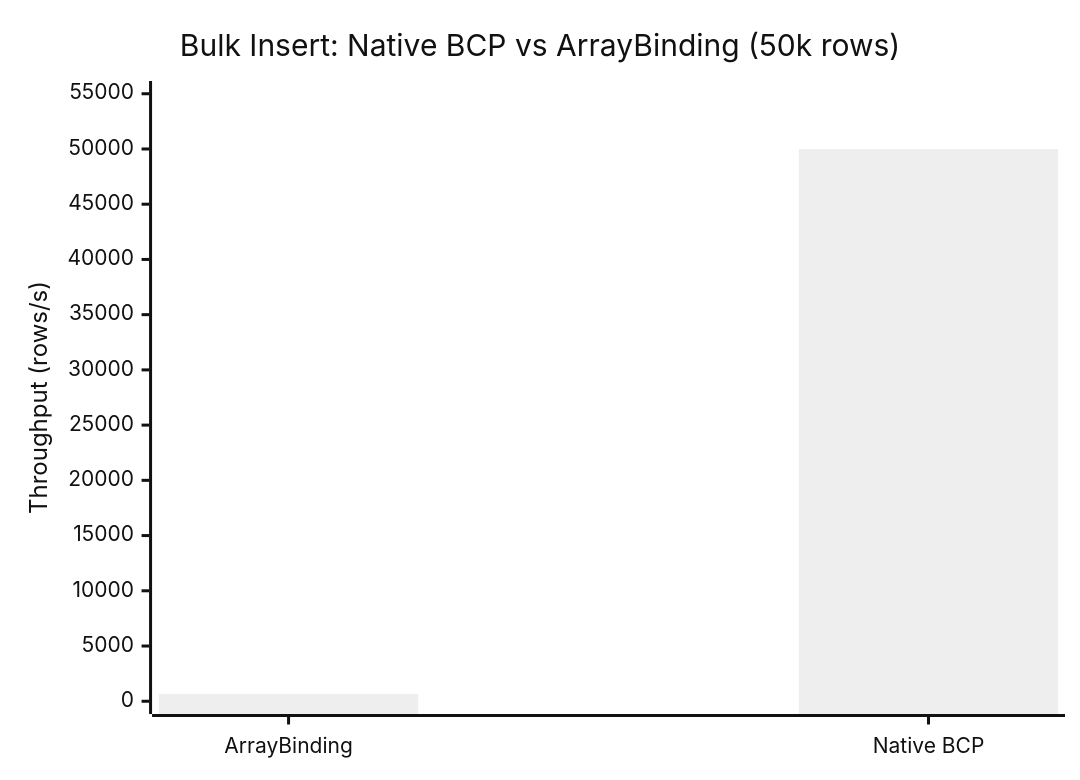
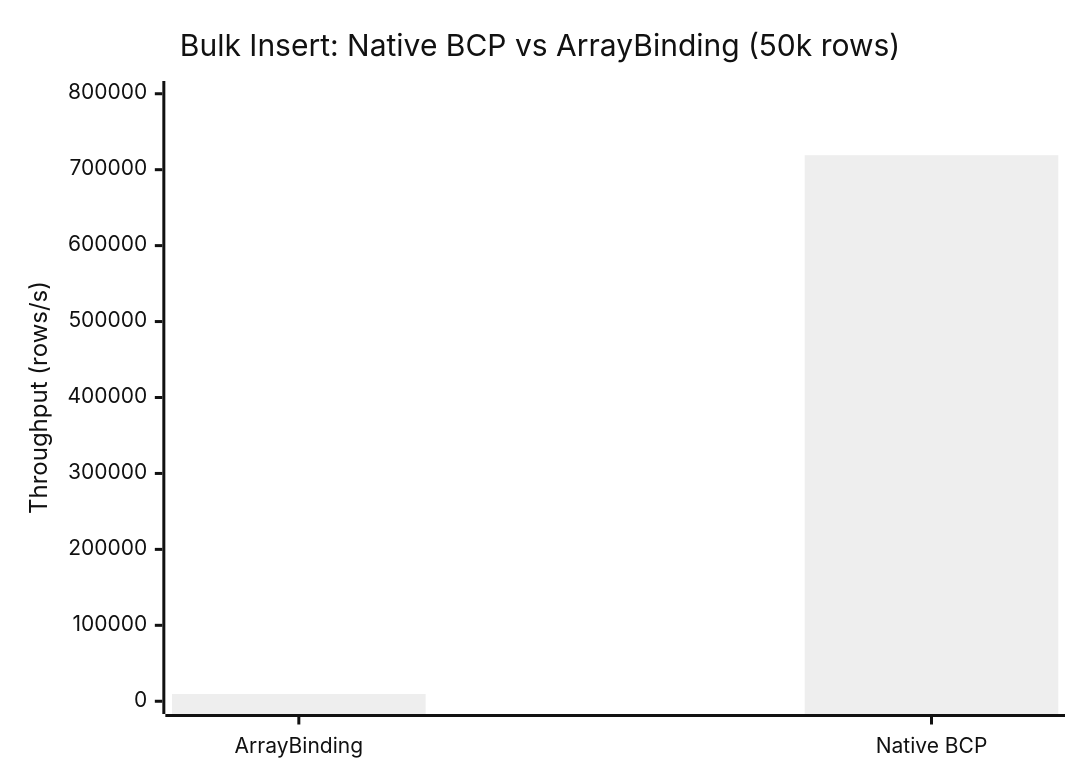
The second of 3 diagrams in native/doc/performance_comparison.md (cesar-carlos/dart_odbc_fast), drawn with Mermaid (neutral theme) before and after one commit. The commit also changed other lines of this file and 14 other files, not shown here.

````diff
--- a/native/doc/performance_comparison.md
+++ b/native/doc/performance_comparison.md
@@ -57,7 +57,7 @@
 ```mermaid
 xychart-beta
     title "Bulk Insert: Native BCP vs ArrayBinding (50k rows)"
     x-axis ["ArrayBinding", "Native BCP"]
-    y-axis "Throughput (rows/s)" 0 --> 55000
-    bar [667, 50000]
+    y-axis "Throughput (rows/s)" 0 --> 800000
+    bar [9596, 719050]
 ```
````
